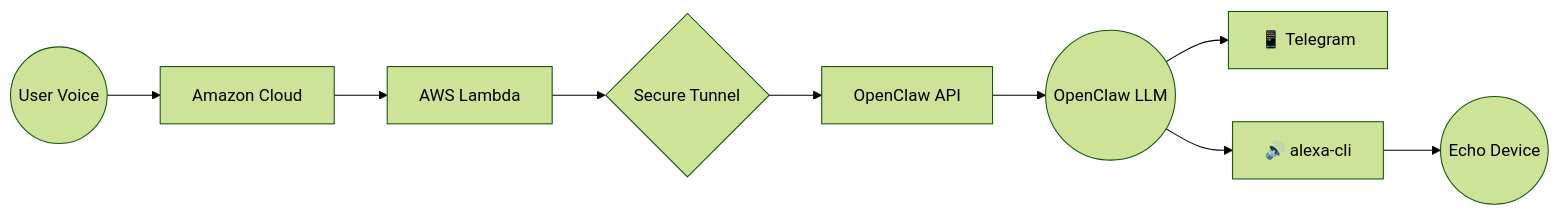
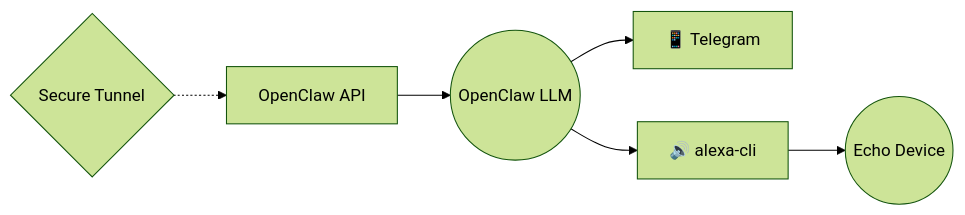
One commit to abhinav-TB/openclaw-alexa changed the second of 2 diagrams in README.md. Above: the diagram before and after it, drawn with Mermaid (forest theme). The commit also changed other lines of this file, not shown here.

Commit message:
docs: update infrastructure flow diagrams in README to reflect local processing layers

````diff
--- a/README.md
+++ b/README.md
@@ -10,11 +16,7 @@
 ```mermaid
-graph LR
-    Voice(("User Voice")) --> Amazon["Amazon Cloud"]
-    Amazon --> Lambda["AWS Lambda"]
-    Lambda --> Tunnel{"Secure Tunnel"}
-    Tunnel --> API["OpenClaw API"]
+flowchart LR
+    Tunnel{"Secure Tunnel"} -.-> API["OpenClaw API"]
     API --> LLM(("OpenClaw LLM"))
     LLM --> Telegram["📱 Telegram"]
-    LLM --> CLI["🔊 alexa-cli"]
-    CLI --> Speaker(("Echo Device"))
+    LLM --> CLI["🔊 alexa-cli"] --> Speaker(("Echo Device"))
 ```
````
